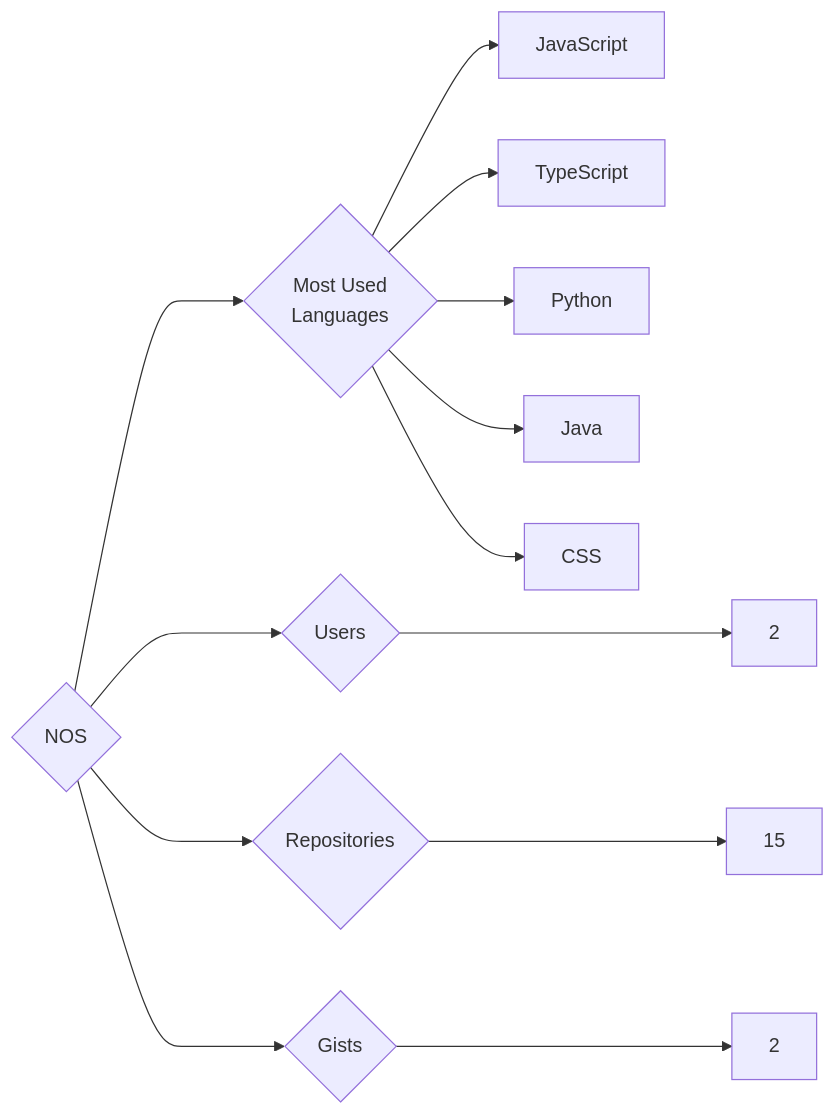
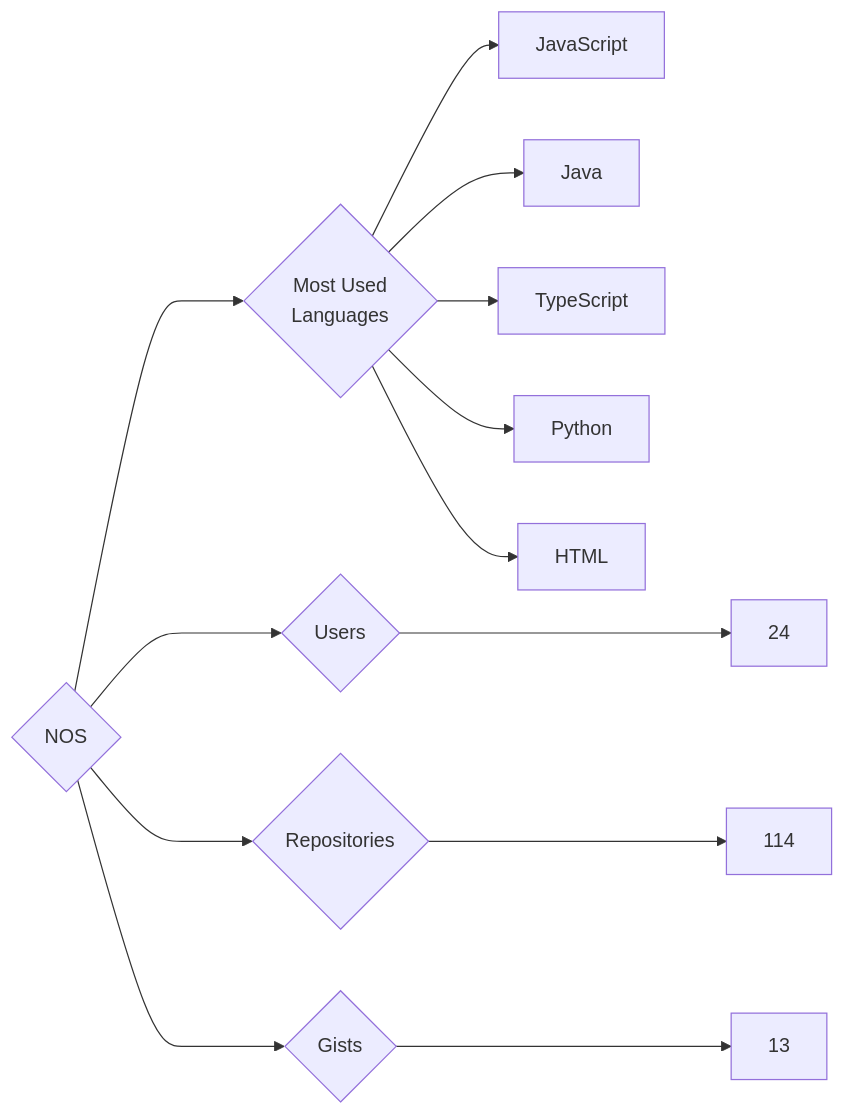
The diagram in targets/NOS/README.md (trickest/insiders), drawn with Mermaid before and after one commit. The commit also changed 972 other files, not shown here.

````diff
--- a/targets/NOS/README.md
+++ b/targets/NOS/README.md
@@ -3,13 +3,13 @@
 ```mermaid
 graph LR
 COMPANY_NAME{NOS}
-COMPANY_NAME ---> U{Users} ---> UN[2]
-COMPANY_NAME ---> R{Repositories} ---> RN[15]
-COMPANY_NAME ---> G{Gists} ---> GN[2]
+COMPANY_NAME ---> U{Users} ---> UN[24]
+COMPANY_NAME ---> R{Repositories} ---> RN[114]
+COMPANY_NAME ---> G{Gists} ---> GN[13]
 COMPANY_NAME ---> ML{Most Used<br>Languages}
 ML --> JavaScript[JavaScript]
+ML --> Java[Java]
 ML --> TypeScript[TypeScript]
 ML --> Python[Python]
-ML --> Java[Java]
-ML --> CSS[CSS]
+ML --> HTML[HTML]
 ```
````
